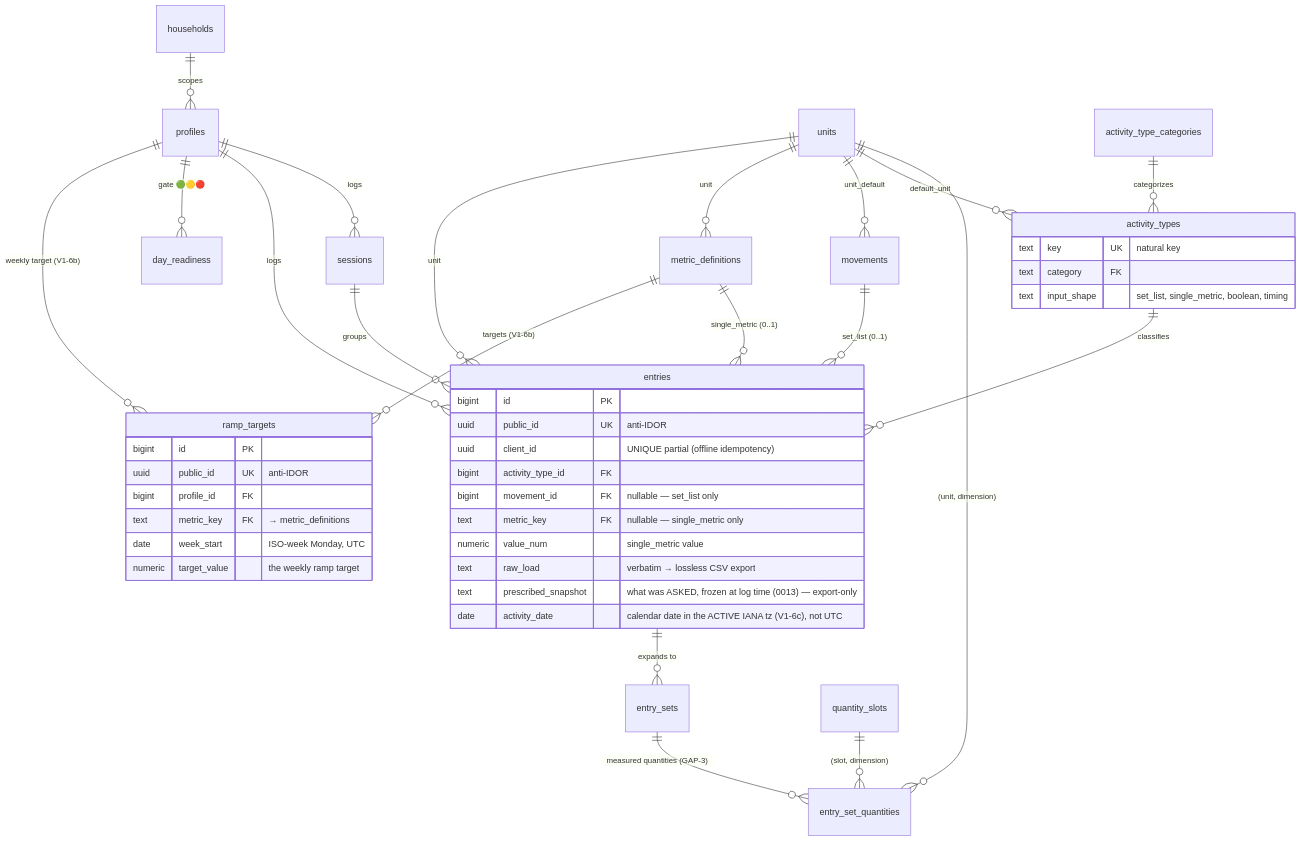
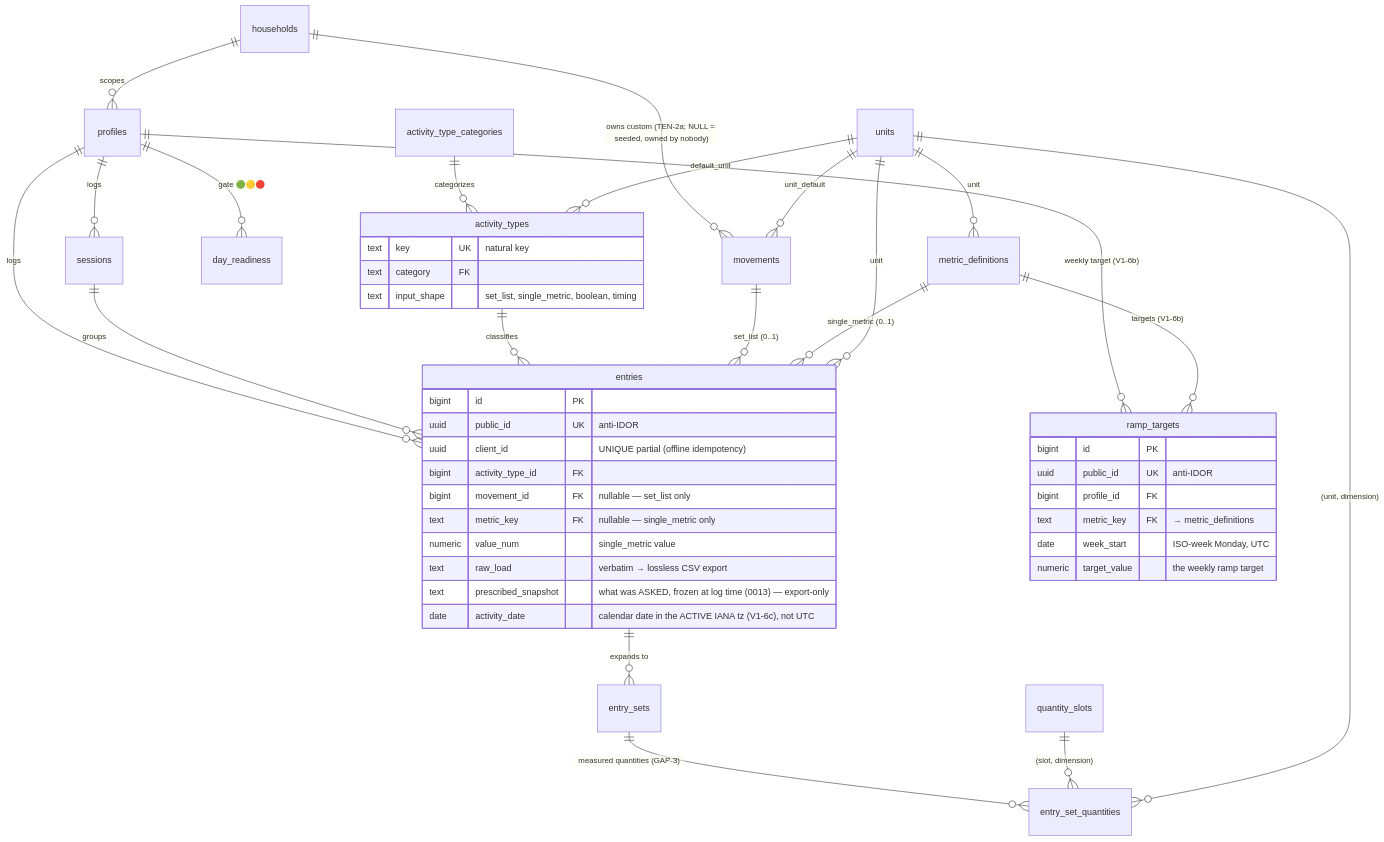
The seventh of 12 diagrams in docs/architecture.md (ralamode/mat-plan), drawn with Mermaid before and after one commit. The commit also changed other lines of this file and 28 other files, not shown here.

````diff
--- a/docs/architecture.md
+++ b/docs/architecture.md
@@ -237,48 +245,49 @@
 ```mermaid
 erDiagram
   households ||--o{ profiles : "scopes"
+  households ||--o{ movements : "owns custom (TEN-2a; NULL = seeded, owned by nobody)"
   profiles ||--o{ sessions : "logs"
   profiles ||--o{ entries : "logs"
   profiles ||--o{ day_readiness : "gate 🟢🟡🔴"
   profiles ||--o{ ramp_targets : "weekly target (V1-6b)"
   sessions ||--o{ entries : "groups"
   entries ||--o{ entry_sets : "expands to"
   entry_sets ||--o{ entry_set_quantities : "measured quantities (GAP-3)"
   quantity_slots ||--o{ entry_set_quantities : "(slot, dimension)"
   units ||--o{ entry_set_quantities : "(unit, dimension)"
   activity_type_categories ||--o{ activity_types : "categorizes"
   activity_types ||--o{ entries : "classifies"
   movements ||--o{ entries : "set_list (0..1)"
   metric_definitions ||--o{ entries : "single_metric (0..1)"
   metric_definitions ||--o{ ramp_targets : "targets (V1-6b)"
   units ||--o{ activity_types : "default_unit"
   units ||--o{ movements : "unit_default"
   units ||--o{ metric_definitions : "unit"
   units ||--o{ entries : "unit"
 
   entries {
     bigint id PK
     uuid public_id UK "anti-IDOR"
     uuid client_id "UNIQUE partial (offline idempotency)"
     bigint activity_type_id FK
     bigint movement_id FK "nullable — set_list only"
     text metric_key FK "nullable — single_metric only"
     numeric value_num "single_metric value"
     text raw_load "verbatim → lossless CSV export"
     text prescribed_snapshot "what was ASKED, frozen at log time (0013) — export-only"
     date activity_date "calendar date in the ACTIVE IANA tz (V1-6c), not UTC"
   }
   activity_types {
     text key UK "natural key"
     text category FK
     text input_shape "set_list, single_metric, boolean, timing"
   }
   ramp_targets {
     bigint id PK
     uuid public_id UK "anti-IDOR"
     bigint profile_id FK
     text metric_key FK "→ metric_definitions"
     date week_start "ISO-week Monday, UTC"
     numeric target_value "the weekly ramp target"
   }
 ```
````
